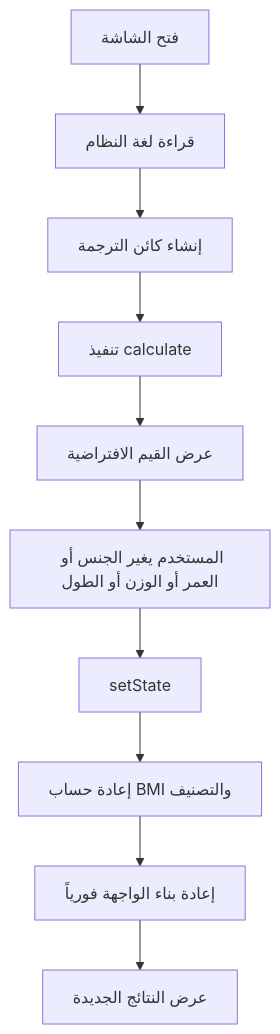
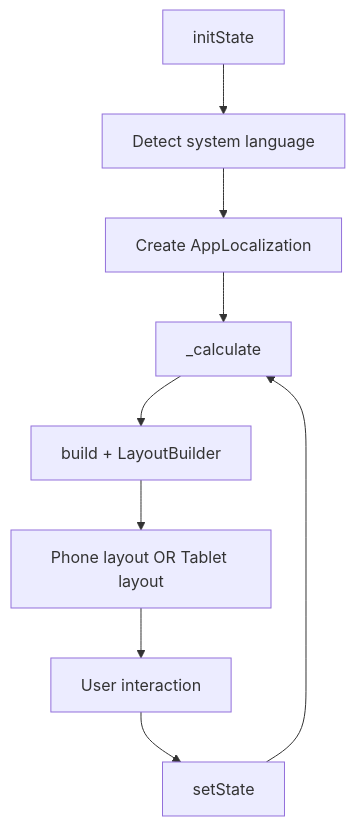
Before and after one commit to egypty3/brutalist_bmi_calculator: the diagram in lib/screens/calculator_screen.md, drawn with Mermaid. The commit also changed other lines of this file and 2 other files, not shown here.

Commit message:
docs: update calculator_screen.md with adaptive layout improvements and enhanced tablet support

````diff
--- a/lib/screens/calculator_screen.md
+++ b/lib/screens/calculator_screen.md
@@ -656,12 +152,11 @@
 ```mermaid
 flowchart TD
-    A[فتح الشاشة] --> B[قراءة لغة النظام]
-    B --> C[إنشاء كائن الترجمة]
-    C --> D[تنفيذ calculate]
-    D --> E[عرض القيم الافتراضية]
-    E --> F[المستخدم يغير الجنس أو العمر أو الوزن أو الطول]
-    F --> G[setState]
-    G --> H[إعادة حساب BMI والتصنيف]
-    H --> I[إعادة بناء الواجهة فورياً]
-    I --> J[عرض النتائج الجديدة]
+  A[initState] --> B[Detect system language]
+  B --> C[Create AppLocalization]
+  C --> D[_calculate]
+  D --> E[build + LayoutBuilder]
+  E --> F[Phone layout OR Tablet layout]
+  F --> G[User interaction]
+  G --> H[setState]
+  H --> D
 ```
````
